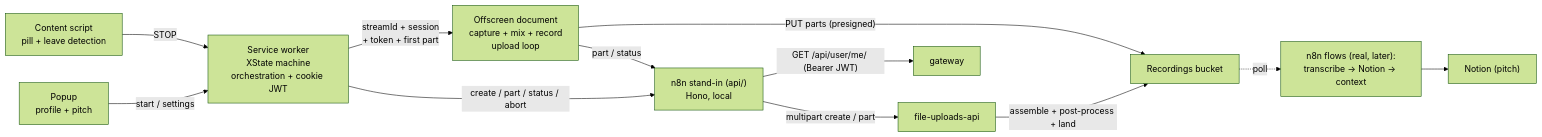
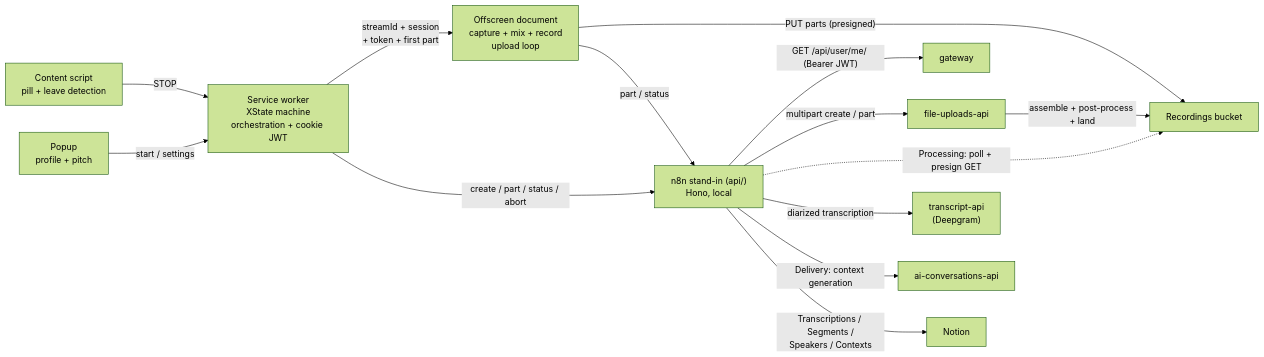
One commit to filadd/chrome-recorder changed the first of 2 diagrams in spec.md. Above: the diagram before and after it, drawn with Mermaid (forest theme). The commit also changed other lines of this file and 1 other file, not shown here.

Commit message:
docs: document the stand-in Processing and Delivery flows

````diff
--- a/spec.md
+++ b/spec.md
@@ -39,14 +39,16 @@
 ```mermaid
 flowchart LR
     CS["Content script<br/>pill + leave detection"] -->|"STOP"| SW["Service worker<br/>XState machine<br/>orchestration + cookie JWT"]
     P["Popup<br/>profile + pitch"] -->|"start / settings"| SW
     SW -->|"streamId + session<br/>+ token + first part"| OFF["Offscreen document<br/>capture + mix + record<br/>upload loop"]
     SW -->|"create / part / status / abort"| API["n8n stand-in (api/)<br/>Hono, local"]
     OFF -->|"PUT parts (presigned)"| S3["Recordings bucket"]
     OFF -->|"part / status"| API
     API -->|"GET /api/user/me/ (Bearer JWT)"| GW["gateway"]
     API -->|"multipart create / part"| FU["file-uploads-api"]
     FU -->|"assemble + post-process + land"| S3
-    S3 -.poll.-> N8N["n8n flows (real, later):<br/>transcribe → Notion → context"]
-    N8N --> NOTION["Notion (pitch)"]
+    API -.->|"Processing: poll + presign GET"| S3
+    API -->|"diarized transcription"| TR["transcript-api<br/>(Deepgram)"]
+    API -->|"Delivery: context generation"| AIC["ai-conversations-api"]
+    API -->|"Transcriptions / Segments /<br/>Speakers / Contexts"| NOTION["Notion"]
 ```
````
